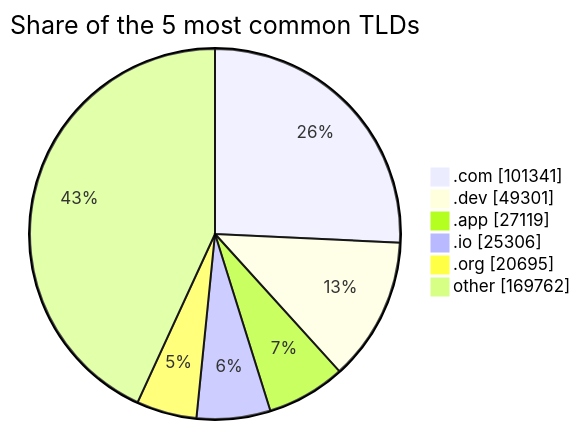
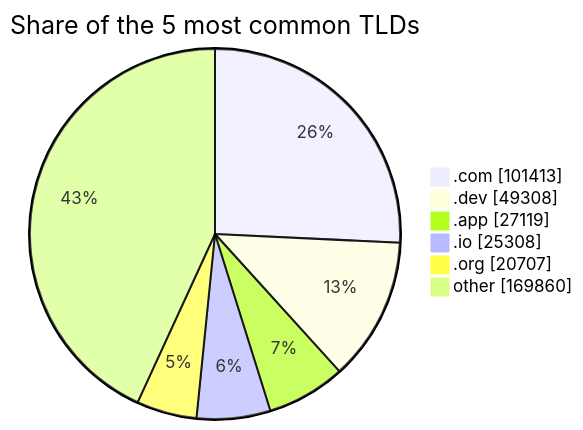
One commit to DNSBunker/CTI changed the third of 3 diagrams in README.md. Above: the diagram before and after it, drawn with Mermaid. The commit also changed other lines of this file and 3 other files, not shown here.

````diff
--- a/README.md
+++ b/README.md
@@ -81,9 +81,9 @@
 ```mermaid
 pie showData title Share of the 5 most common TLDs
-    ".com" : 101341
-    ".dev" : 49301
+    ".com" : 101413
+    ".dev" : 49308
     ".app" : 27119
-    ".io" : 25306
-    ".org" : 20695
-    "other" : 169762
+    ".io" : 25308
+    ".org" : 20707
+    "other" : 169860
 ```
````
